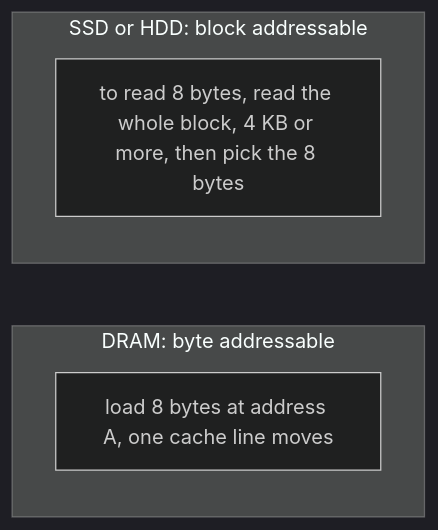
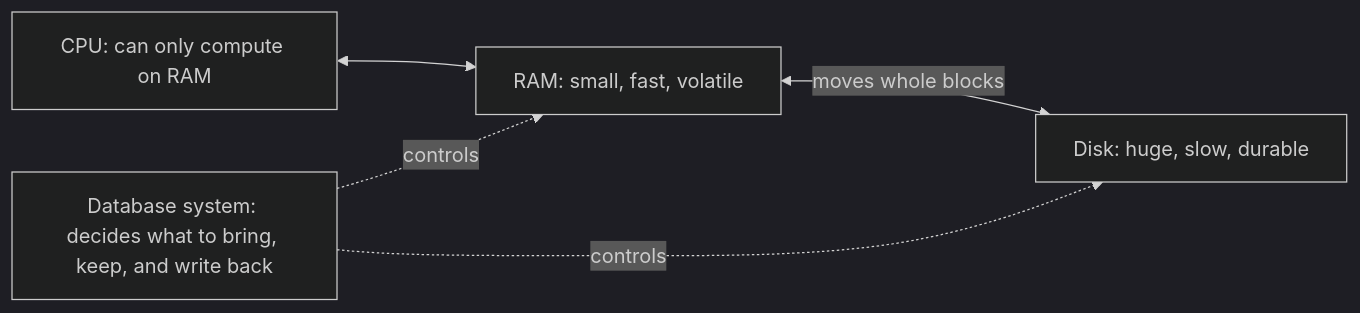
Before and after one commit to a-ZINC/Cherno-CPP-Notes: the first of 7 diagrams in docs/en/Db/3_module/3.1_disk_oriented_architecture.md, drawn with Mermaid (dark theme). The commit also changed other lines of this file, not shown here.

````diff
--- a/docs/en/Db/3_module/3.1_disk_oriented_architecture.md
+++ b/docs/en/Db/3_module/3.1_disk_oriented_architecture.md
@@ -139,9 +14,7 @@
 ```mermaid
 flowchart LR
-    subgraph BA["DRAM: byte addressable"]
-        B1["load 8 bytes at address A, one cache line moves"]
-    end
-    subgraph BL["SSD or HDD: block addressable"]
-        B2["to read 8 bytes, read the whole block, 4 KB or more, then pick the 8 bytes"]
-    end
+    CPU["CPU: can only compute on RAM"] <--> RAM["RAM: small, fast, volatile"]
+    RAM <-->|"moves whole blocks"| DISK["Disk: huge, slow, durable"]
+    DB["Database system: decides what to bring, keep, and write back"] -.controls.-> RAM
+    DB -.controls.-> DISK
 ```
````
